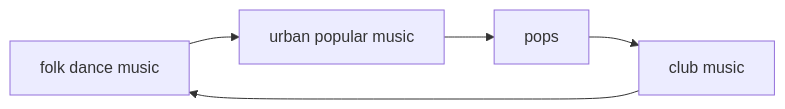
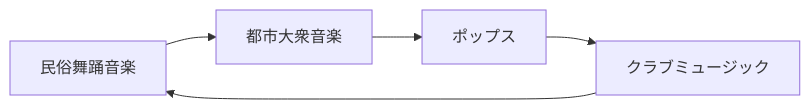
One commit to monumental-movement/monumental-movement.github.io changed the diagram in en/_posts/2026-01-23-column-turkish-dance.md. Above: the diagram before and after it, drawn with Mermaid. The commit also changed other lines of this file and 2196 other files, not shown here.

```diff
--- a/en/_posts/2026-01-23-column-turkish-dance.md
+++ b/en/_posts/2026-01-23-column-turkish-dance.md
@@ -181,7 +181,7 @@
 <div class="mermaid">
 graph LR
-A[folk dance music] --> B[urban popular music]
-B --> C[pops]
-C --> D[club music]
+A[民俗舞踊音楽] --> B[都市大衆音楽]
+B --> C[ポップス]
+C --> D[クラブミュージック]
 D --> A
 </div>
```
